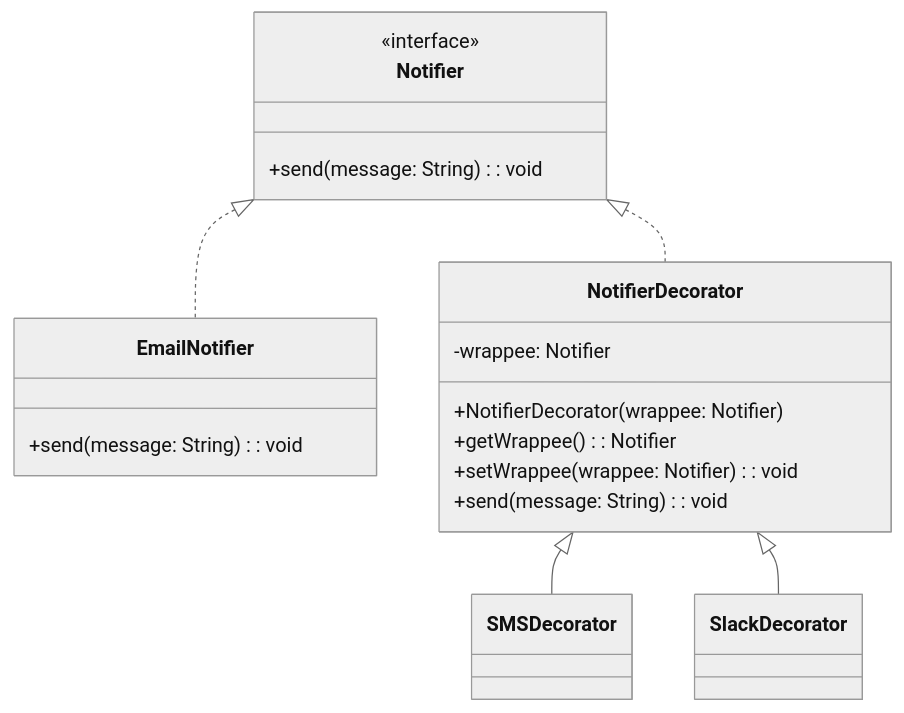
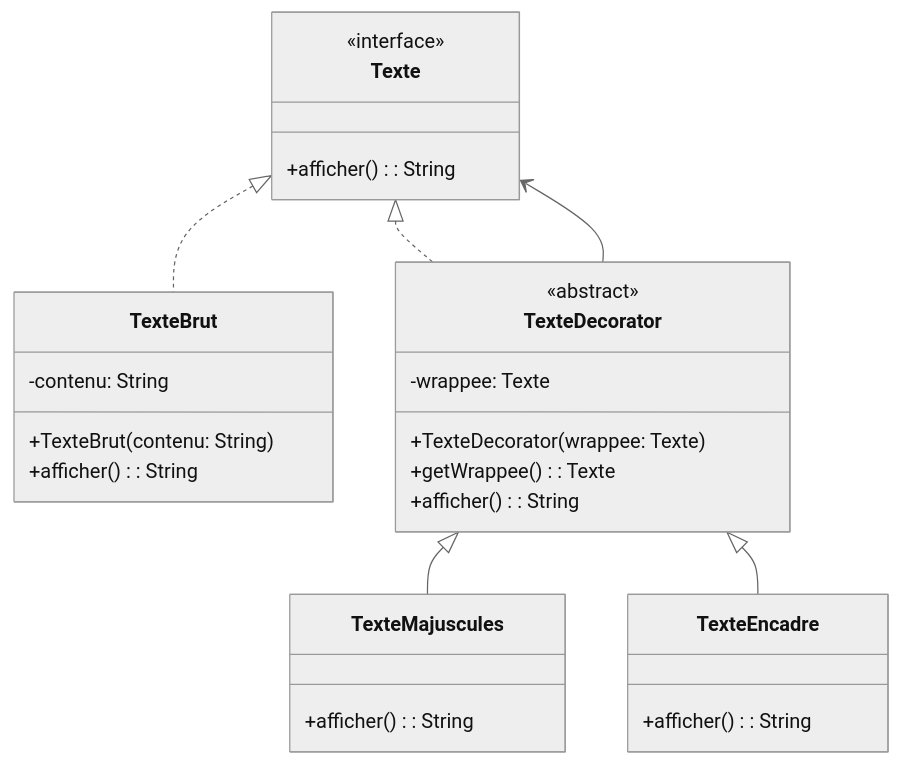
The diagram in _notes/patterns/structure/pattern-decorator.md (ophenix-maisonneuve/420-930-ma-site-web), drawn with Mermaid (neutral theme) before and after one commit. The commit also changed other lines of this file and 12 other files, not shown here.

````diff
--- a/_notes/patterns/structure/pattern-decorator.md
+++ b/_notes/patterns/structure/pattern-decorator.md
@@ -92,21 +97,35 @@
 ```mermaid
 classDiagram
-Notifier <|.. EmailNotifier
-Notifier <|.. NotifierDecorator
-NotifierDecorator <|-- SMSDecorator
-NotifierDecorator <|-- SlackDecorator
-class Notifier {
+class Texte {
   <<interface>>
-  +send(message: String): void
+  +afficher(): String
 }
-class EmailNotifier {
-  +send(message: String): void
+
+class TexteBrut {
+  -contenu: String
+  +TexteBrut(contenu: String)
+  +afficher(): String
 }
-class NotifierDecorator {
-  -wrappee: Notifier
-  +NotifierDecorator(wrappee: Notifier)
-  +getWrappee(): Notifier
-  +setWrappee(wrappee: Notifier): void
-  +send(message: String): void
+
+class TexteDecorator {
+  <<abstract>>
+  -wrappee: Texte
+  +TexteDecorator(wrappee: Texte)
+  +getWrappee(): Texte
+  +afficher(): String
 }
+
+class TexteMajuscules {
+  +afficher(): String
+}
+
+class TexteEncadre {
+  +afficher(): String
+}
+
+Texte <|.. TexteBrut
+Texte <|.. TexteDecorator
+TexteDecorator <|-- TexteMajuscules
+TexteDecorator <|-- TexteEncadre
+TexteDecorator --> Texte
 ```
````
